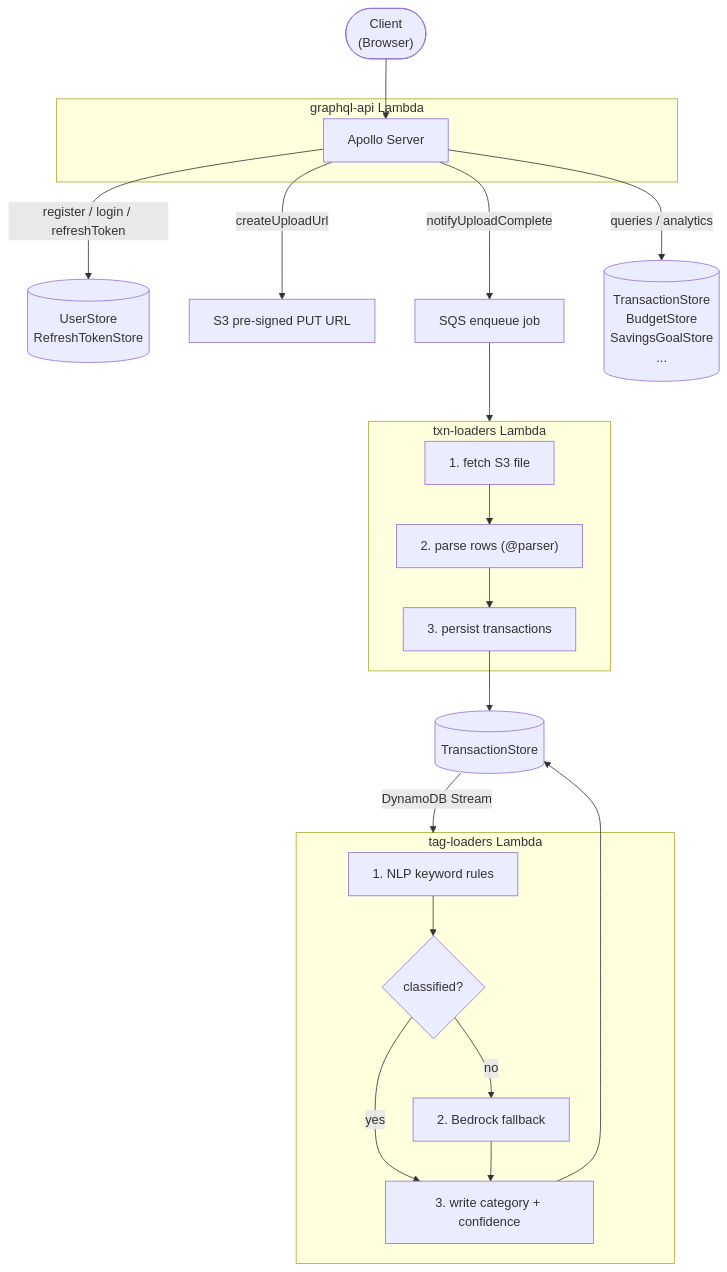
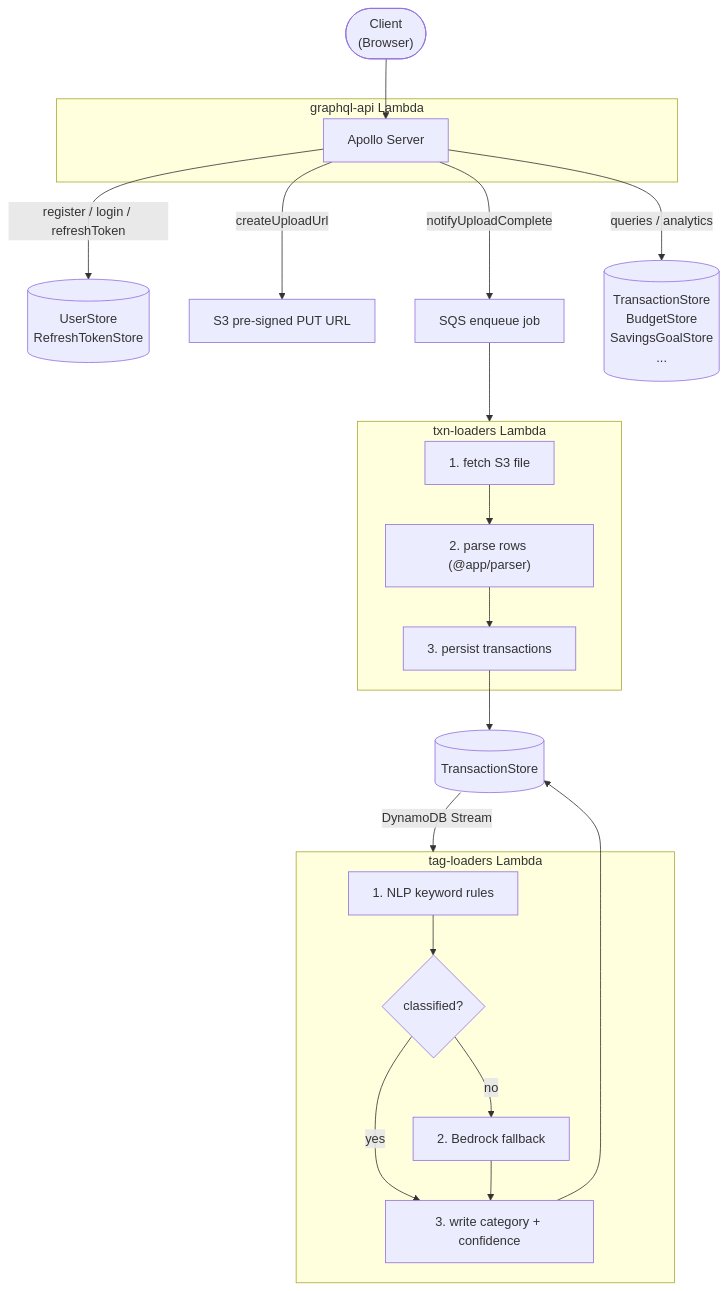
Before and after one commit to debrajpaul/full-budget-app: the fifth of 7 diagrams in docs/ARCHITECTURE.md, drawn with Mermaid. The commit also changed other lines of this file and 186 other files, not shown here.

````diff
--- a/docs/ARCHITECTURE.md
+++ b/docs/ARCHITECTURE.md
@@ -348,38 +348,38 @@
 ```mermaid
 flowchart TD
     C(["Client\n(Browser)"]) --> GQL
 
     subgraph Lambda["graphql-api Lambda"]
         GQL["Apollo Server"]
     end
 
     GQL -->|"register / login / refreshToken"| AUTH_S[("UserStore\nRefreshTokenStore")]
     GQL -->|"createUploadUrl"| S3_URL["S3 pre-signed PUT URL"]
     GQL -->|"notifyUploadComplete"| SQS_E["SQS enqueue job"]
     GQL -->|"queries / analytics"| STORES[("TransactionStore\nBudgetStore\nSavingsGoalStore\n...")]
 
     SQS_E --> TXN_L
 
     subgraph TXN_L["txn-loaders Lambda"]
         FETCH["1. fetch S3 file"]
-        PARSE["2. parse rows (@parser)"]
+        PARSE["2. parse rows (@app/parser)"]
         PERSIST["3. persist transactions"]
         FETCH --> PARSE --> PERSIST
     end
 
     PERSIST --> TX_T[("TransactionStore")]
     TX_T -->|"DynamoDB Stream"| TAG_L
 
     subgraph TAG_L["tag-loaders Lambda"]
         RULES["1. NLP keyword rules"]
         BEDROCK_F{"classified?"}
         BEDROCK_AI["2. Bedrock fallback"]
         WRITE["3. write category + confidence"]
         RULES --> BEDROCK_F
         BEDROCK_F -->|"no"| BEDROCK_AI
         BEDROCK_F -->|"yes"| WRITE
         BEDROCK_AI --> WRITE
     end
 
     WRITE --> TX_T
 ```
````
